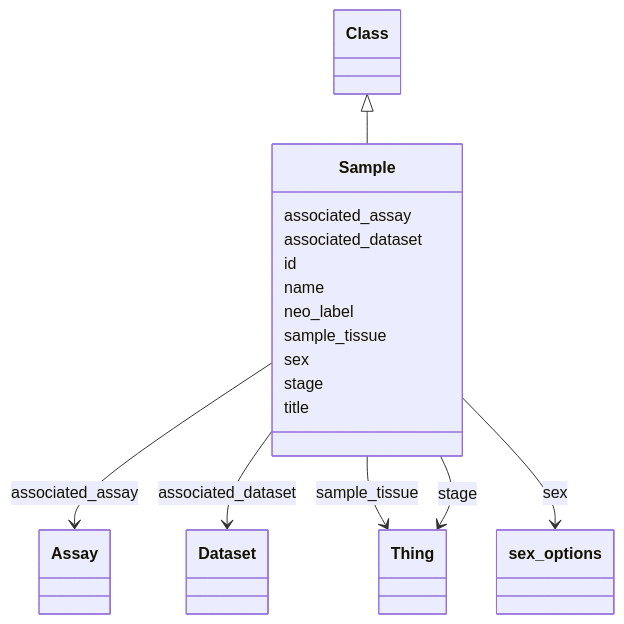
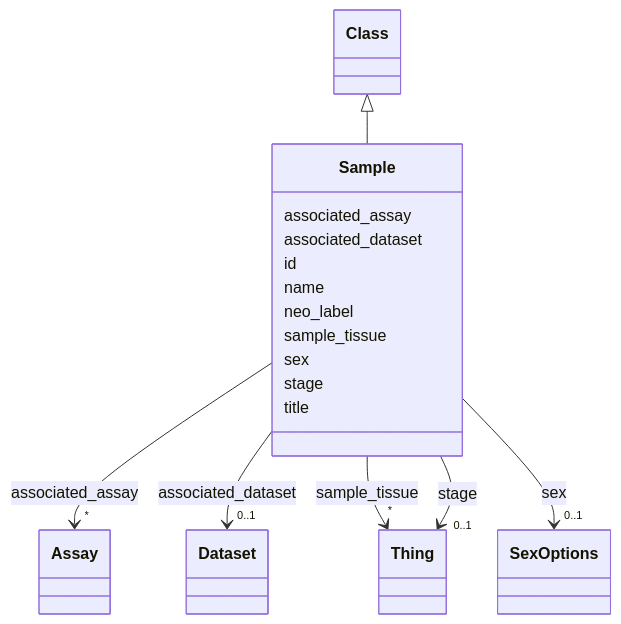
One commit to VirtualFlyBrain/vfb-scRNAseq-ontology changed the diagram in docs/Sample.md. Above: the diagram before and after it, drawn with Mermaid. The commit also changed other lines of this file and 52 other files, not shown here.

````diff
--- a/docs/Sample.md
+++ b/docs/Sample.md
@@ -10,35 +14,62 @@
 ```mermaid
  classDiagram
     class Sample
+    click Sample href "../Sample"
       Class <|-- Sample
+        click Class href "../Class"
       
       Sample : associated_assay
         
-          Sample --> Assay : associated_assay
+          
+    
+    
+    Sample --> "*" Assay : associated_assay
+    click Assay href "../Assay"
+
         
       Sample : associated_dataset
         
-          Sample --> Dataset : associated_dataset
+          
+    
+    
+    Sample --> "0..1" Dataset : associated_dataset
+    click Dataset href "../Dataset"
+
         
       Sample : id
         
       Sample : name
         
       Sample : neo_label
         
       Sample : sample_tissue
         
-          Sample --> Thing : sample_tissue
+          
+    
+    
+    Sample --> "*" Thing : sample_tissue
+    click Thing href "../Thing"
+
         
       Sample : sex
         
-          Sample --> sex_options : sex
+          
+    
+    
+    Sample --> "0..1" SexOptions : sex
+    click SexOptions href "../SexOptions"
+
         
       Sample : stage
         
-          Sample --> Thing : stage
+          
+    
+    
+    Sample --> "0..1" Thing : stage
+    click Thing href "../Thing"
+
         
       Sample : title
         
       
 ```
````
